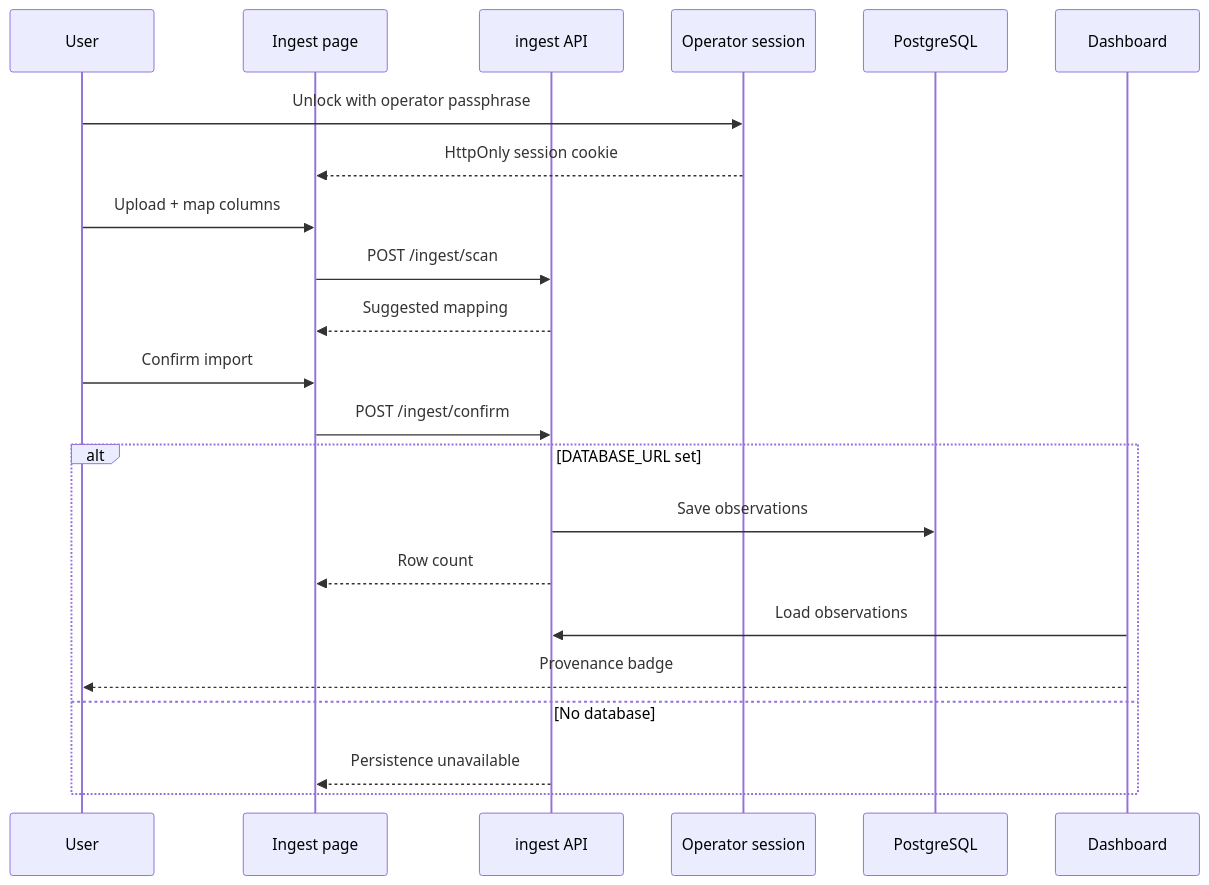
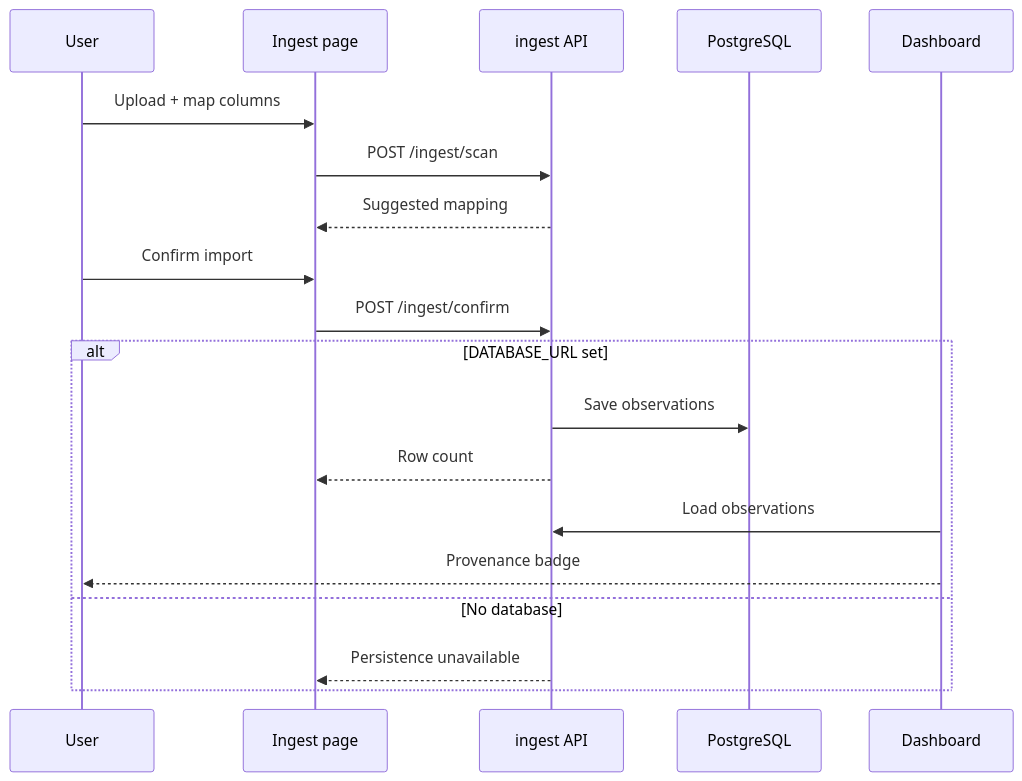
One commit to tseten14/NDC-Dashboard changed the sixth of 12 diagrams in docs/dev/system-design.md. Above: the diagram before and after it, drawn with Mermaid. The commit also changed other lines of this file and 22 other files, not shown here.

````diff
--- a/docs/dev/system-design.md
+++ b/docs/dev/system-design.md
@@ -199,25 +199,22 @@
 ```mermaid
 sequenceDiagram
   participant User
   participant SPA as Ingest page
   participant API as ingest API
-  participant Auth as Operator session
   participant PG as PostgreSQL
   participant Dash as Dashboard
 
-  User->>Auth: Unlock with operator passphrase
-  Auth-->>SPA: HttpOnly session cookie
   User->>SPA: Upload + map columns
   SPA->>API: POST /ingest/scan
   API-->>SPA: Suggested mapping
   User->>SPA: Confirm import
   SPA->>API: POST /ingest/confirm
   alt DATABASE_URL set
     API->>PG: Save observations
     API-->>SPA: Row count
     Dash->>API: Load observations
     Dash-->>User: Provenance badge
   else No database
     API-->>SPA: Persistence unavailable
   end
 ```
````
